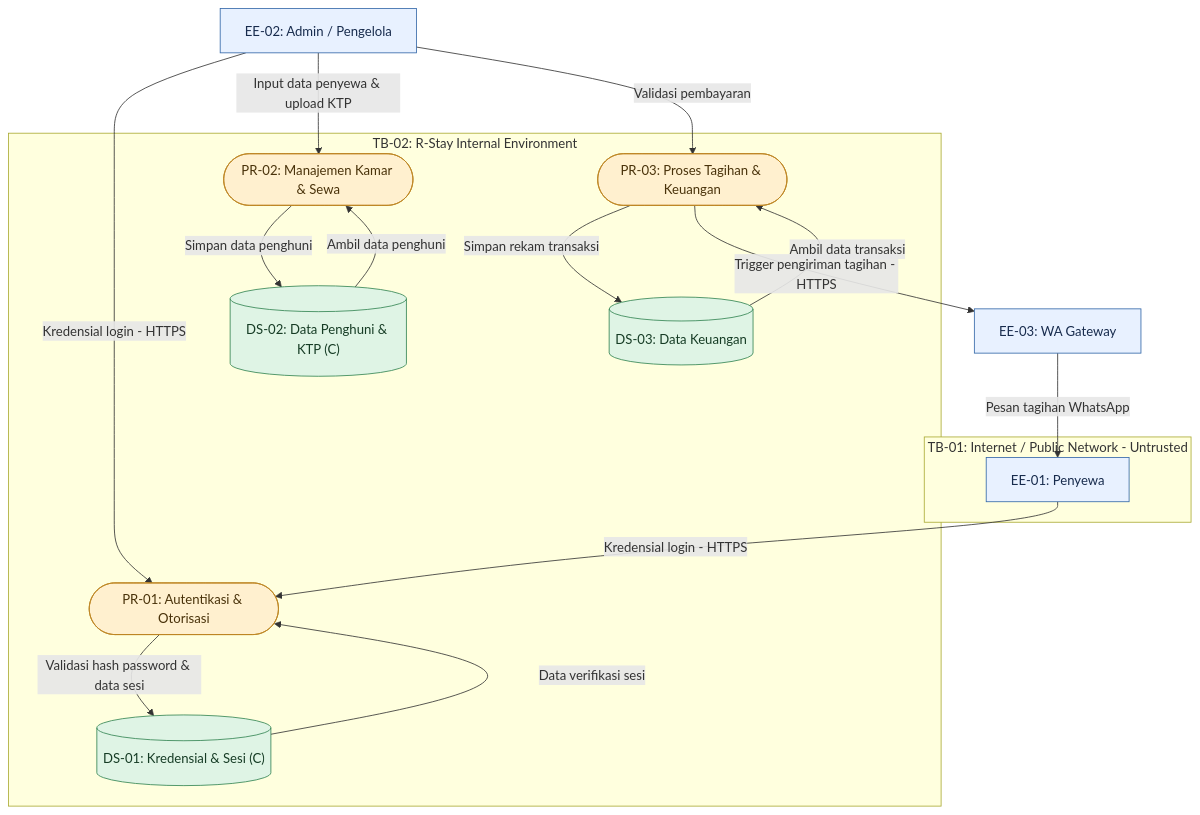
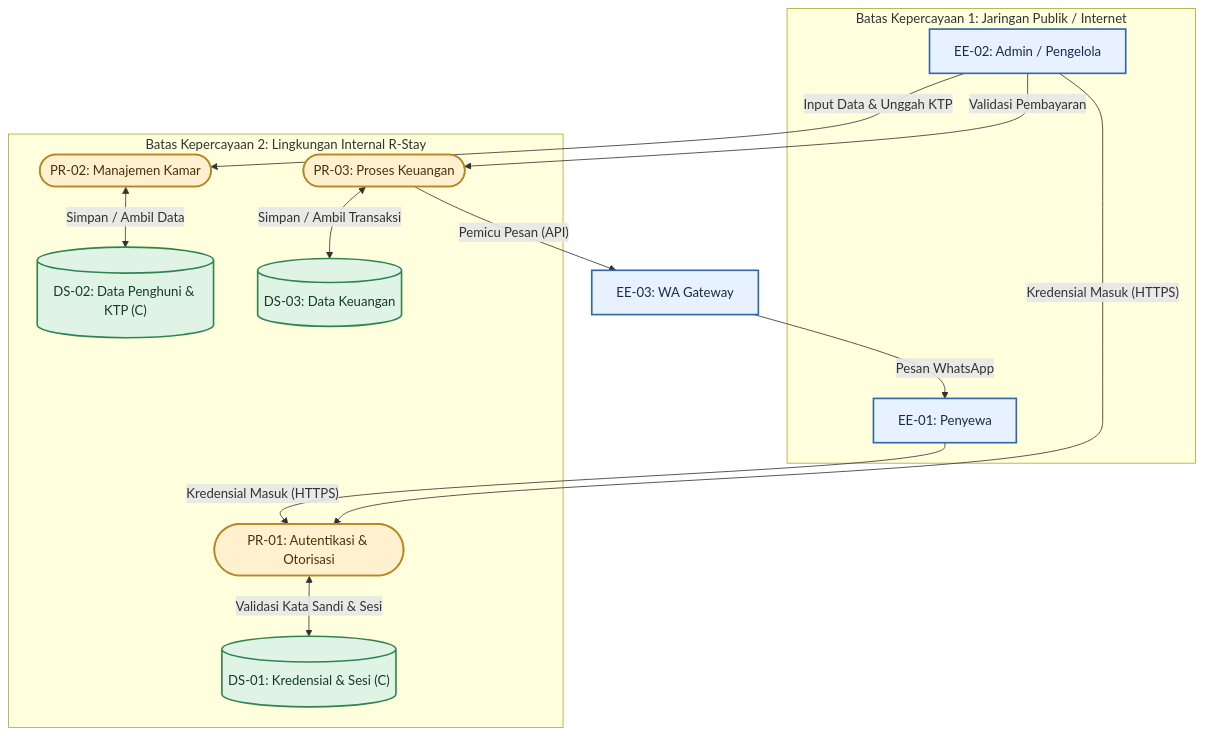
The diagram in projek-kost/security/dfd.md (razqaazakii/Projek-SistemReservasiKos), drawn with Mermaid before and after one commit. The commit also changed other lines of this file, not shown here.

Commit message:
Revise DFD for R-Stay with clearer structure
Updated the DFD document for R-Stay to improve clarity and structure, including changes to the data flow and trust boundaries.

````diff
--- a/projek-kost/security/dfd.md
+++ b/projek-kost/security/dfd.md
@@ -8,52 +8,45 @@
 ```mermaid
 flowchart TB
-    %% Entitas Eksternal
-    Penyewa["EE-01: Penyewa"]
-    Admin["EE-02: Admin / Pengelola"]
+    %% Definisi Entitas Eksternal
+    subgraph TB01 [Batas Kepercayaan 1: Jaringan Publik / Internet]
+        Penyewa["EE-01: Penyewa"]
+        Admin["EE-02: Admin / Pengelola"]
+    end
+
     WAGateway["EE-03: WA Gateway"]
 
-    %% Batas Kepercayaan Publik
-    subgraph TB01["TB-01: Internet / Public Network - Untrusted"]
-        Penyewa
-    end
-
-    %% Lingkungan Internal Aplikasi
-    subgraph TB02["TB-02: R-Stay Internal Environment"]
+    %% Batas Kepercayaan Internal Sistem
+    subgraph TB02 [Batas Kepercayaan 2: Lingkungan Internal R-Stay]
         Auth(["PR-01: Autentikasi & Otorisasi"])
-        Kamar(["PR-02: Manajemen Kamar & Sewa"])
-        Keuangan(["PR-03: Proses Tagihan & Keuangan"])
+        Kamar(["PR-02: Manajemen Kamar"])
+        Keuangan(["PR-03: Proses Keuangan"])
 
         DBUsers[("DS-01: Kredensial & Sesi (C)")]
         DBPenghuni[("DS-02: Data Penghuni & KTP (C)")]
         DBTransaksi[("DS-03: Data Keuangan")]
     end
 
-    %% Aliran Autentikasi
-    Penyewa -->|Kredensial login - HTTPS| Auth
-    Admin -->|Kredensial login - HTTPS| Auth
-    Auth -->|Validasi hash password & data sesi| DBUsers
-    DBUsers -->|Data verifikasi sesi| Auth
+    %% Aliran Data Utama (Lurus & Terstruktur)
+    Penyewa -->|"Kredensial Masuk (HTTPS)"| Auth
+    Admin -->|"Kredensial Masuk (HTTPS)"| Auth
+    Auth <-->|"Validasi Kata Sandi & Sesi"| DBUsers
 
-    %% Aliran Manajemen Kamar dan Penghuni
-    Admin -->|Input data penyewa & upload KTP| Kamar
-    Kamar -->|Simpan data penghuni| DBPenghuni
-    DBPenghuni -->|Ambil data penghuni| Kamar
+    Admin -->|"Input Data & Unggah KTP"| Kamar
+    Kamar <-->|"Simpan / Ambil Data"| DBPenghuni
 
-    %% Aliran Keuangan
-    Admin -->|Validasi pembayaran| Keuangan
-    Keuangan -->|Simpan rekam transaksi| DBTransaksi
-    DBTransaksi -->|Ambil data transaksi| Keuangan
+    Admin -->|"Validasi Pembayaran"| Keuangan
+    Keuangan <-->|"Simpan / Ambil Transaksi"| DBTransaksi
 
-    %% Integrasi WhatsApp Gateway
-    Keuangan -->|Trigger pengiriman tagihan - HTTPS| WAGateway
-    WAGateway -->|Pesan tagihan WhatsApp| Penyewa
+    Keuangan -->|"Pemicu Pesan (API)"| WAGateway
+    WAGateway -->|"Pesan WhatsApp"| Penyewa
 
-    %% Styling
-    classDef external fill:#e8f1ff,stroke:#3267a8,color:#172b4d
-    classDef process fill:#fff0cf,stroke:#bd8522,color:#49320a
-    classDef datastore fill:#dff4e5,stroke:#318451,color:#163c25
+    %% Pengaturan Warna & Gaya Tampilan
+    classDef external fill:#E8F1FF,stroke:#3267A8,color:#172B4D,stroke-width:2px;
+    classDef process fill:#FFF0CF,stroke:#BD8522,color:#49320A,stroke-width:2px;
+    classDef datastore fill:#DFF4E5,stroke:#318451,color:#163C25,stroke-width:2px;
 
-    class Penyewa,Admin,WAGateway external
-    class Auth,Kamar,Keuangan process
-    class DBUsers,DBPenghuni,DBTransaksi datastore
+    class Penyewa,Admin,WAGateway external;
+    class Auth,Kamar,Keuangan process;
+    class DBUsers,DBPenghuni,DBTransaksi datastore;
+
 ```
````
